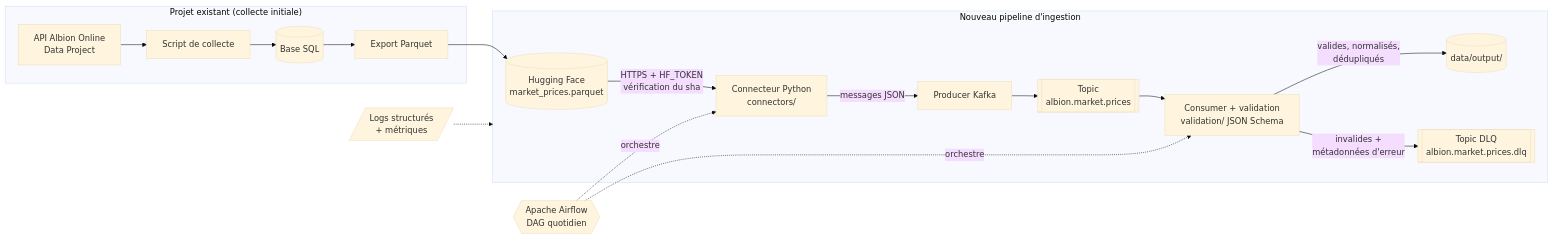
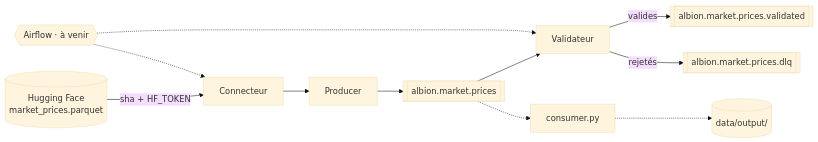
One commit to ilyes-chabab/Albion-Ingestion-Kafka changed the diagram in README.md. Above: the diagram before and after it, drawn with Mermaid (base theme). The commit also changed other lines of this file and 6 other files, not shown here.

````diff
--- a/README.md
+++ b/README.md
@@ -159,21 +5,10 @@
 ```mermaid
 flowchart LR
-    subgraph Amont["Projet existant (collecte initiale)"]
-        API[API Albion Online<br/>Data Project] --> COL[Script de collecte] --> SQL[(Base SQL)] --> EXP[Export Parquet]
-    end
-
-    EXP --> HF[(Hugging Face<br/>market_prices.parquet)]
-
-    subgraph Pipeline["Nouveau pipeline d'ingestion"]
-        HF -->|HTTPS + HF_TOKEN<br/>vérification du sha| CON[Connecteur Python<br/>connectors/]
-        CON -->|messages JSON| PROD[Producer Kafka]
-        PROD --> T1[[Topic<br/>albion.market.prices]]
-        T1 --> CONS[Consumer + validation<br/>validation/ JSON Schema]
-        CONS -->|valides, normalisés,<br/>dédupliqués| OUT[(data/output/)]
-        CONS -->|invalides +<br/>métadonnées d'erreur| DLQ[[Topic DLQ<br/>albion.market.prices.dlq]]
-    end
-
-    AF{{Apache Airflow<br/>DAG quotidien}} -.orchestre.-> CON
-    AF -.orchestre.-> CONS
-    LOG[/Logs structurés<br/>+ métriques/] -.-> Pipeline
+    HF[(Hugging Face<br/>market_prices.parquet)] -->|sha + HF_TOKEN| CON[Connecteur]
+    CON --> PROD[Producer] --> RAW[[albion.market.prices]]
+    RAW --> VAL[Validateur] -->|valides| OK[[albion.market.prices.validated]]
+    VAL -->|rejetés| DLQ[[albion.market.prices.dlq]]
+    RAW -.-> CONS[consumer.py] -.-> OUT[(data/output/)]
+    AF{{Airflow · à venir}} -.-> CON
+    AF -.-> VAL
 ```
````
